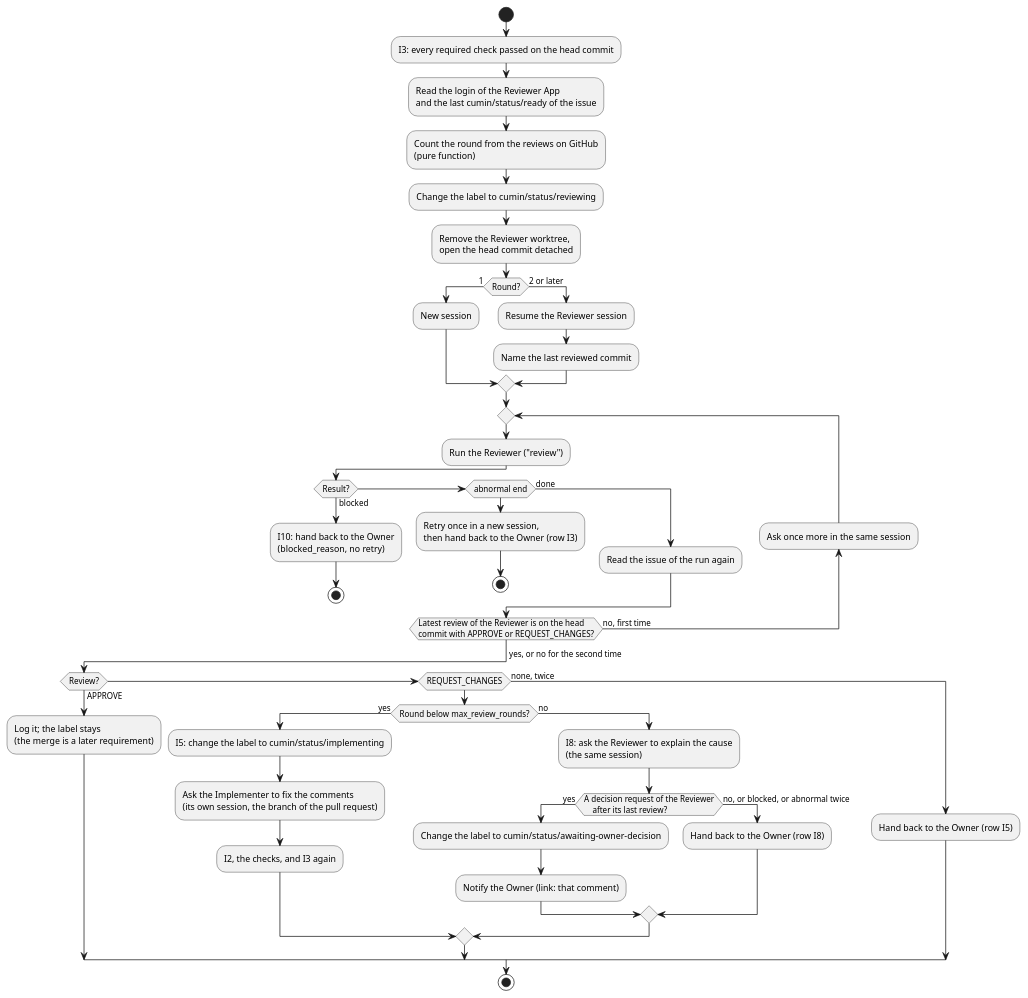
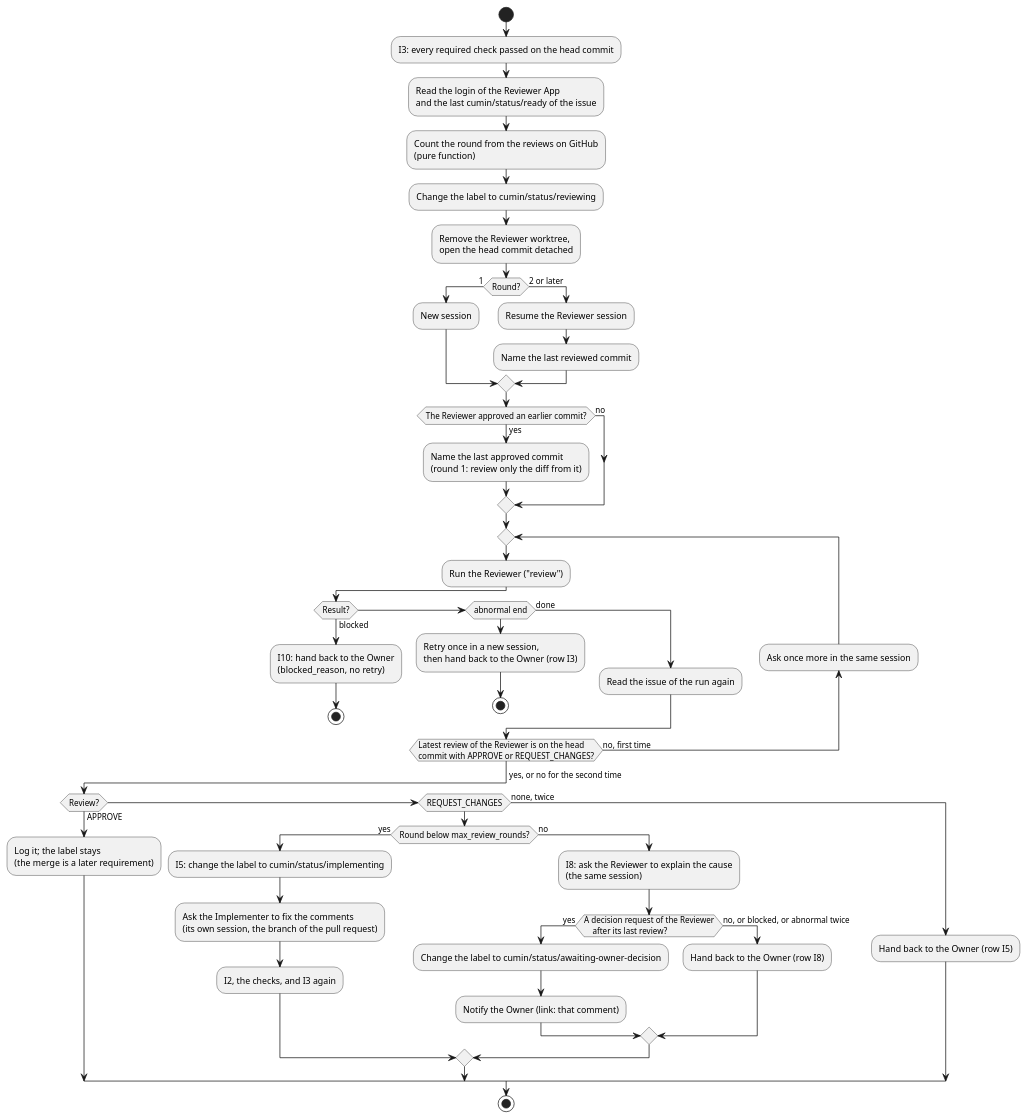
One commit to cloveclovedev/cumin-works changed the diagram in docs/ja/designs/poll-review.puml. Above: the diagram before and after it, drawn with PlantUML. The commit also changed 7 other files, not shown here.

First line of the commit message:
feat(workflow): name the approved commit in the review request (#463)

```diff
--- a/docs/ja/designs/poll-review.puml
+++ b/docs/ja/designs/poll-review.puml
@@ -1,64 +1,69 @@
 @startuml poll-review
 ' cumin works - the Reviewer request (I3), the check of its review after the run, I5, I8, and I10.
 ' Document: poll.md, section on the Reviewer request.
 ' Render: run scripts/render-diagrams.sh at the root of the repository.
 skinparam shadowing false
 skinparam defaultFontName sans-serif
 
 start
 :I3: every required check passed on the head commit;
 :Read the login of the Reviewer App
 and the last cumin/status/ready of the issue;
 :Count the round from the reviews on GitHub
 (pure function);
 :Change the label to cumin/status/reviewing;
 :Remove the Reviewer worktree,
 open the head commit detached;
 if (Round?) then (1)
   :New session;
 else (2 or later)
   :Resume the Reviewer session;
   :Name the last reviewed commit;
+endif
+if (The Reviewer approved an earlier commit?) then (yes)
+  :Name the last approved commit
+  (round 1: review only the diff from it);
+else (no)
 endif
 repeat
   :Run the Reviewer ("review");
   if (Result?) then (blocked)
     :I10: hand back to the Owner
     (blocked_reason, no retry);
     stop
   elseif (abnormal end) then
     :Retry once in a new session,
     then hand back to the Owner (row I3);
     stop
   else (done)
     :Read the issue of the run again;
   endif
   backward:Ask once more in the same session;
 repeat while (Latest review of the Reviewer is on the head
 commit with APPROVE or REQUEST_CHANGES?) is (no, first time)
 ->yes, or no for the second time;
 if (Review?) then (APPROVE)
   :Log it; the label stays
   (the merge is a later requirement);
 elseif (REQUEST_CHANGES) then
   if (Round below max_review_rounds?) then (yes)
     :I5: change the label to cumin/status/implementing;
     :Ask the Implementer to fix the comments
     (its own session, the branch of the pull request);
     :I2, the checks, and I3 again;
   else (no)
     :I8: ask the Reviewer to explain the cause
     (the same session);
     if (A decision request of the Reviewer
     after its last review?) then (yes)
       :Change the label to cumin/status/awaiting-owner-decision;
       :Notify the Owner (link: that comment);
     else (no, or blocked, or abnormal twice)
       :Hand back to the Owner (row I8);
     endif
   endif
 else (none, twice)
   :Hand back to the Owner (row I5);
 endif
 stop
 @enduml
```
